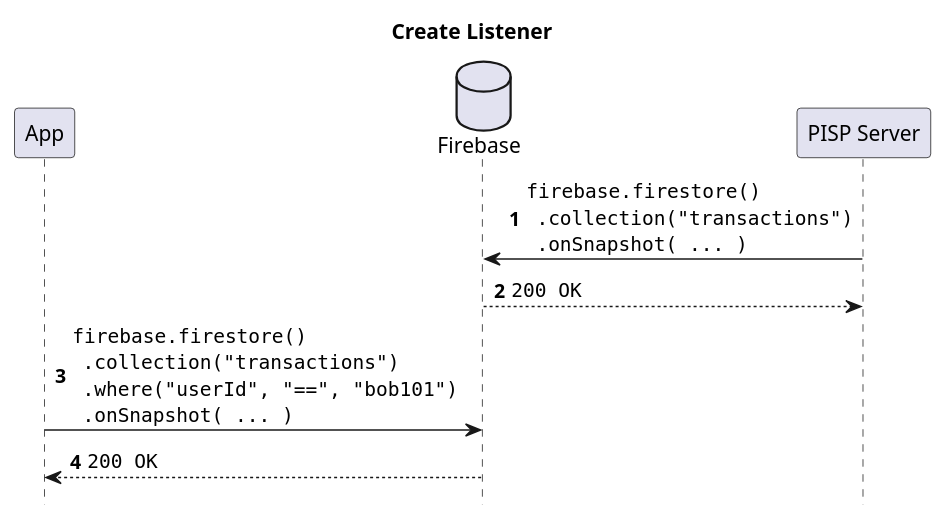
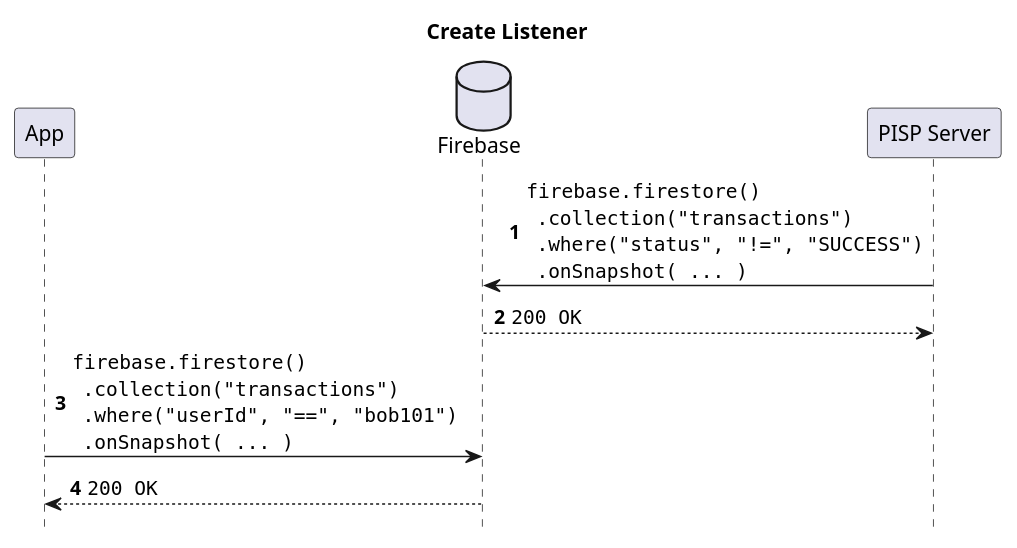
Before and after one commit to mojaloop/contrib-pisp-demo-svc: the diagram in docs/assets/diagrams/transfer/01-create-listener.puml, drawn with PlantUML.

Commit message:
docs(transfer): update server to only listen to uncompleted transactions

```diff
--- a/docs/assets/diagrams/transfer/01-create-listener.puml
+++ b/docs/assets/diagrams/transfer/01-create-listener.puml
@@ -1,24 +1,25 @@
 @startuml
 
 title Create Listener
 
 hide footbox
 
 autonumber
 
 participant App
 database Firebase
 participant "PISP Server" as PISP
 
 PISP -> Firebase: ""firebase.firestore()""\n\
   "".collection("transactions")""\n\
+  "".where("status", "!=", "SUCCESS")""\n\
   "".onSnapshot( ... )""
 return ""200 OK""
 
 App -> Firebase: ""firebase.firestore()""\n\
   "".collection("transactions")""\n\
   "".where("userId", "==", "bob101")""\n\
   "".onSnapshot( ... )""
 return ""200 OK""
 
 @enduml
```
